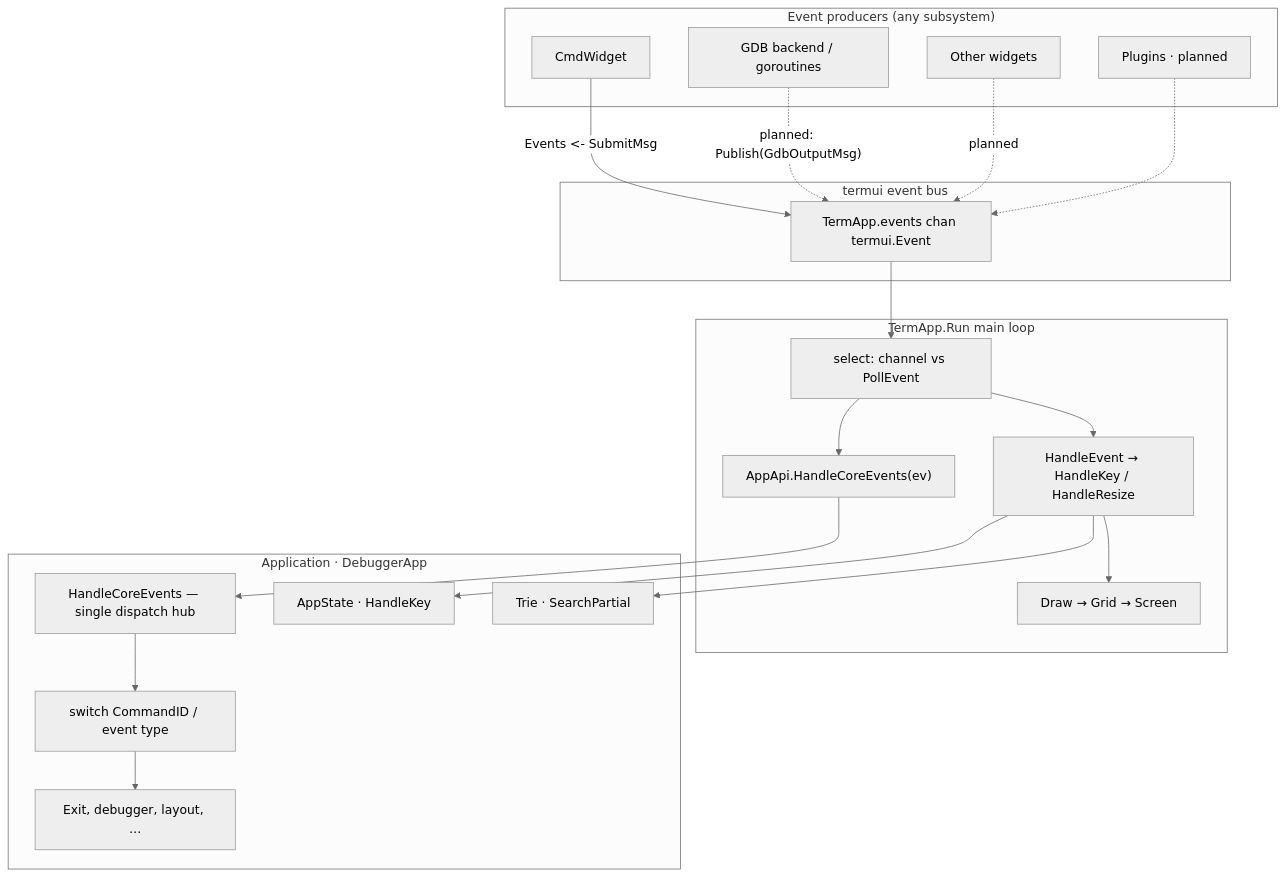
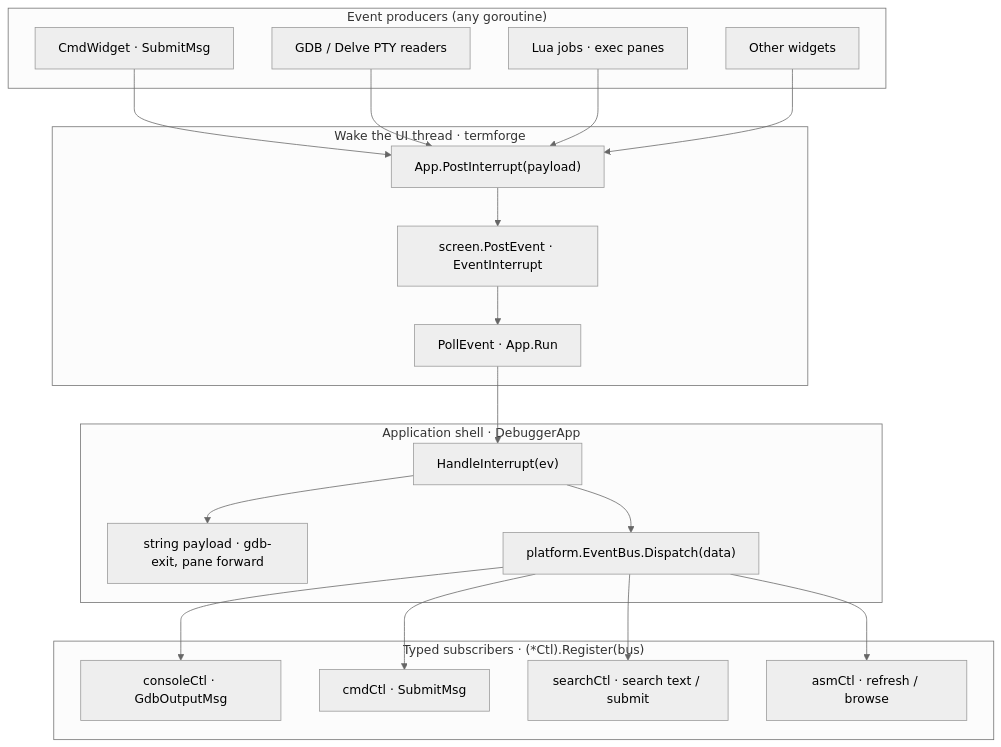
Before and after one commit to yairgd/gdbforge: the diagram in docs/diagrams/event_bus.mermaid, drawn with Mermaid (neutral theme). The commit also changed 18 other files, not shown here.

First line of the commit message:
docs: retire the internal/termui vocabulary and describe the termforge split

```diff
--- a/docs/diagrams/event_bus.mermaid
+++ b/docs/diagrams/event_bus.mermaid
@@ -1,40 +1,38 @@
 flowchart TB
-    subgraph Producers["Event producers (any subsystem)"]
-        CmdW["CmdWidget"]
-        GDB["GDB backend / goroutines"]
+    subgraph Producers["Event producers (any goroutine)"]
+        CmdW["CmdWidget · SubmitMsg"]
+        GDB["GDB / Delve PTY readers"]
+        Lua["Lua jobs · exec panes"]
         Widgets["Other widgets"]
-        Future["Plugins · planned"]
     end
 
-    subgraph Bus["termui event bus"]
-        Chan["TermApp.events chan termui.Event"]
+    subgraph Wake["Wake the UI thread · termforge"]
+        PI["App.PostInterrupt(payload)"]
+        Post["screen.PostEvent · EventInterrupt"]
+        Poll["PollEvent · App.Run"]
     end
 
-    subgraph Loop["TermApp.Run main loop"]
-        Select["select: channel vs PollEvent"]
-        CoreDispatch["AppApi.HandleCoreEvents(ev)"]
-        TcellDispatch["HandleEvent → HandleKey / HandleResize"]
-        Draw["Draw → Grid → Screen"]
+    subgraph Shell["Application shell · DebuggerApp"]
+        HI["HandleInterrupt(ev)"]
+        Str["string payload · gdb-exit, pane forward"]
+        Disp["platform.EventBus.Dispatch(data)"]
     end
 
-    subgraph App["Application · DebuggerApp"]
-        Handler["HandleCoreEvents — single dispatch hub"]
-        CmdSwitch["switch CommandID / event type"]
-        Modes["AppState · HandleKey"]
-        Trie["Trie · SearchPartial"]
-        Actions["Exit, debugger, layout, …"]
+    subgraph Handlers["Typed subscribers · (*Ctl).Register(bus)"]
+        Console["consoleCtl · GdbOutputMsg"]
+        Cmd["cmdCtl · SubmitMsg"]
+        Search["searchCtl · search text / submit"]
+        Asm["asmCtl · refresh / browse"]
     end
 
-    CmdW -->|"Events <- SubmitMsg"| Chan
-    GDB -.->|"planned: Publish(GdbOutputMsg)"| Chan
-    Widgets -.->|"planned"| Chan
-    Future -.-> Chan
-
-    Chan --> Select
-    Select --> CoreDispatch
-    CoreDispatch --> Handler --> CmdSwitch --> Actions
-
-    Select --> TcellDispatch
-    TcellDispatch --> Modes
-    TcellDispatch --> Trie
-    TcellDispatch --> Draw
+    CmdW --> PI
+    GDB --> PI
+    Lua --> PI
+    Widgets --> PI
+    PI --> Post --> Poll --> HI
+    HI --> Str
+    HI --> Disp
+    Disp --> Console
+    Disp --> Cmd
+    Disp --> Search
+    Disp --> Asm
```
